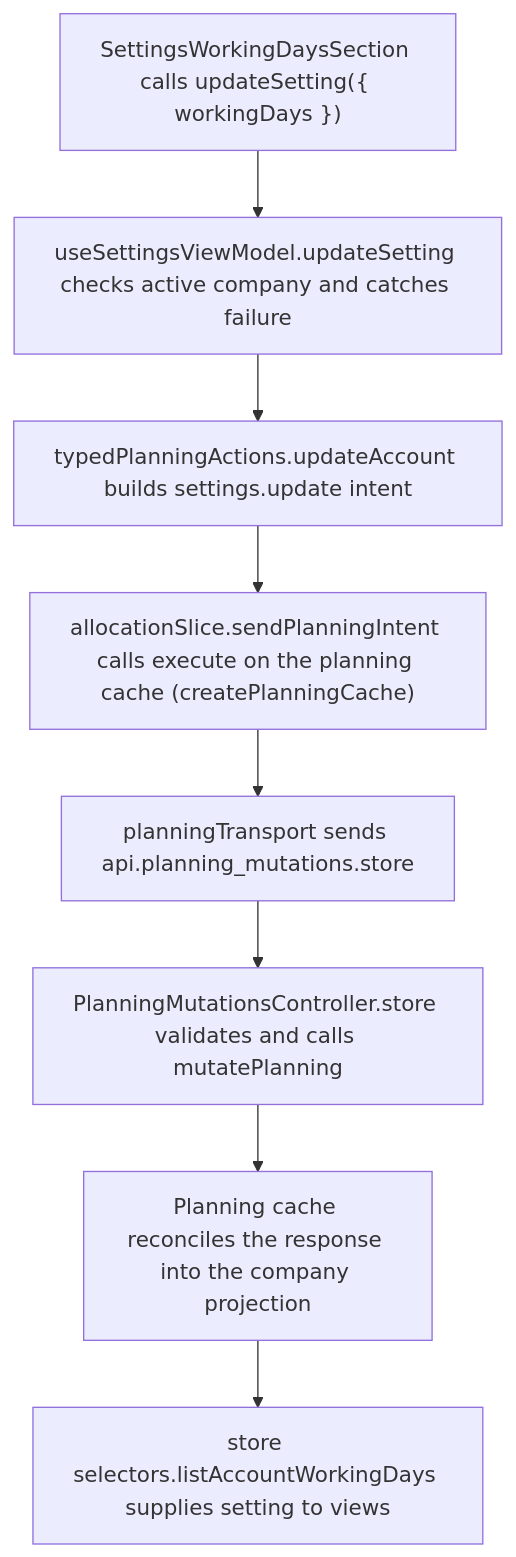
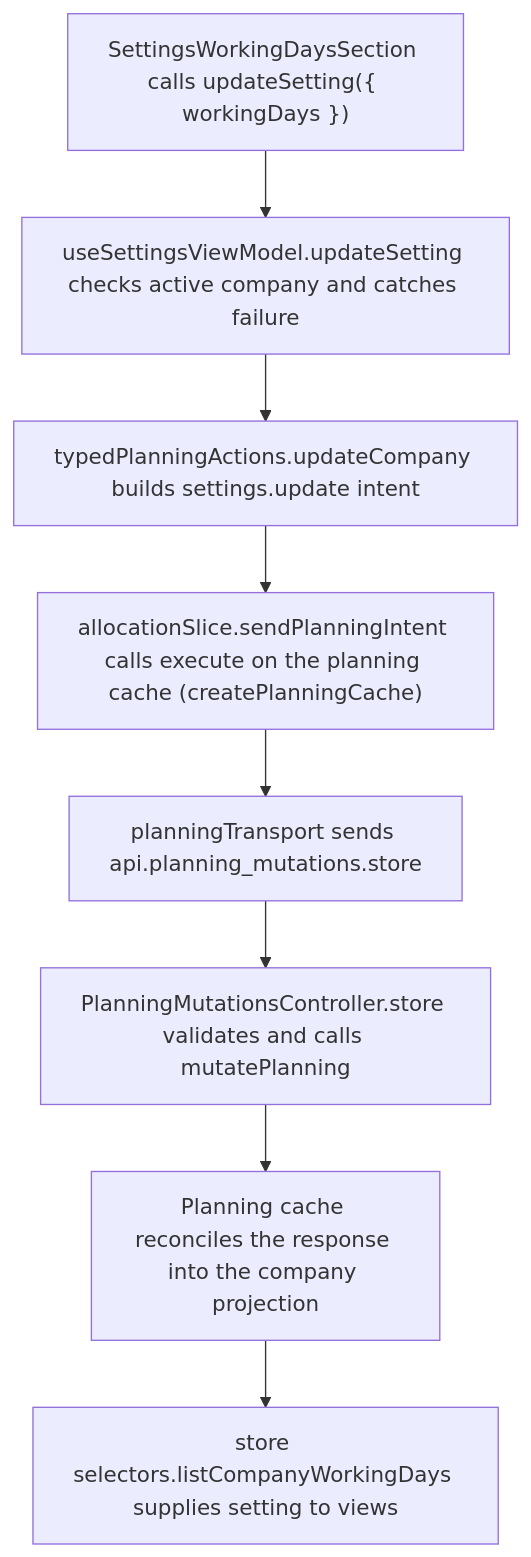
One commit to Kevinjohn/capacitylens changed the second of 2 diagrams in user-stories/settings/US-SET-15-global-working-days.md. Above: the diagram before and after it, drawn with Mermaid. The commit also changed 285 other files, not shown here.

````diff
--- a/user-stories/settings/US-SET-15-global-working-days.md
+++ b/user-stories/settings/US-SET-15-global-working-days.md
@@ -31,10 +31,10 @@
 ```mermaid
 flowchart TD
   control["SettingsWorkingDaysSection calls updateSetting({ workingDays })"] --> view["useSettingsViewModel.updateSetting checks active company and catches failure"]
-  view --> action["typedPlanningActions.updateAccount builds settings.update intent"]
+  view --> action["typedPlanningActions.updateCompany builds settings.update intent"]
   action --> execute["allocationSlice.sendPlanningIntent calls execute on the planning cache (createPlanningCache)"]
   execute --> transport["planningTransport sends api.planning_mutations.store"]
   transport --> route["PlanningMutationsController.store validates and calls mutatePlanning"]
   route --> reply["Planning cache reconciles the response into the company projection"]
-  reply --> read["store selectors.listAccountWorkingDays supplies setting to views"]
+  reply --> read["store selectors.listCompanyWorkingDays supplies setting to views"]
 ```
````
